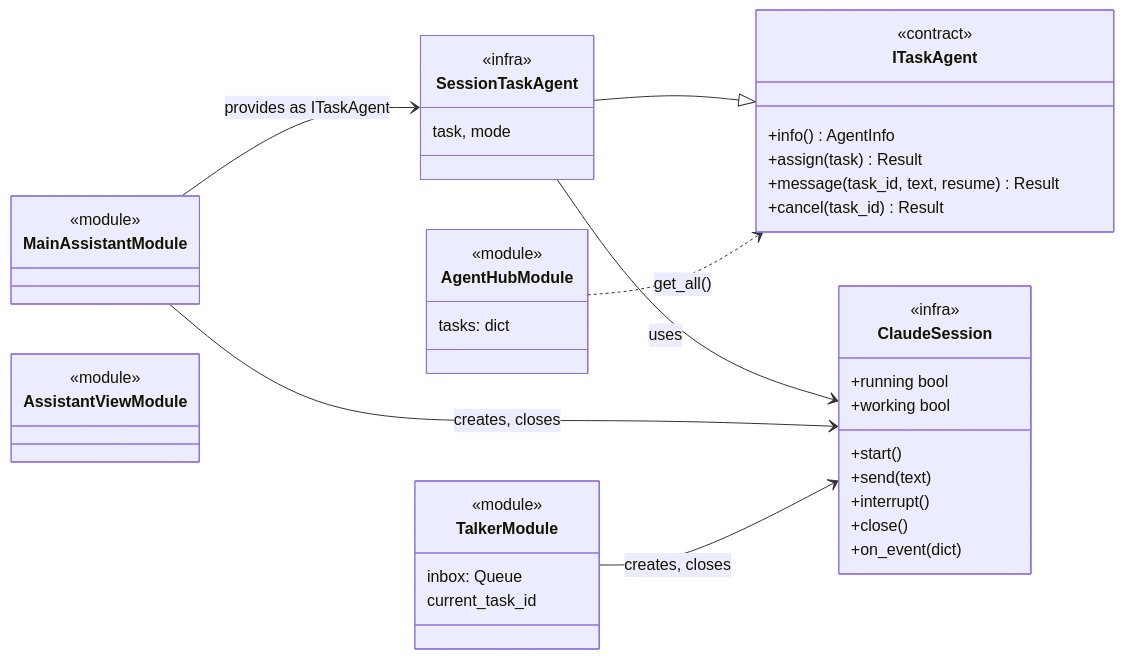
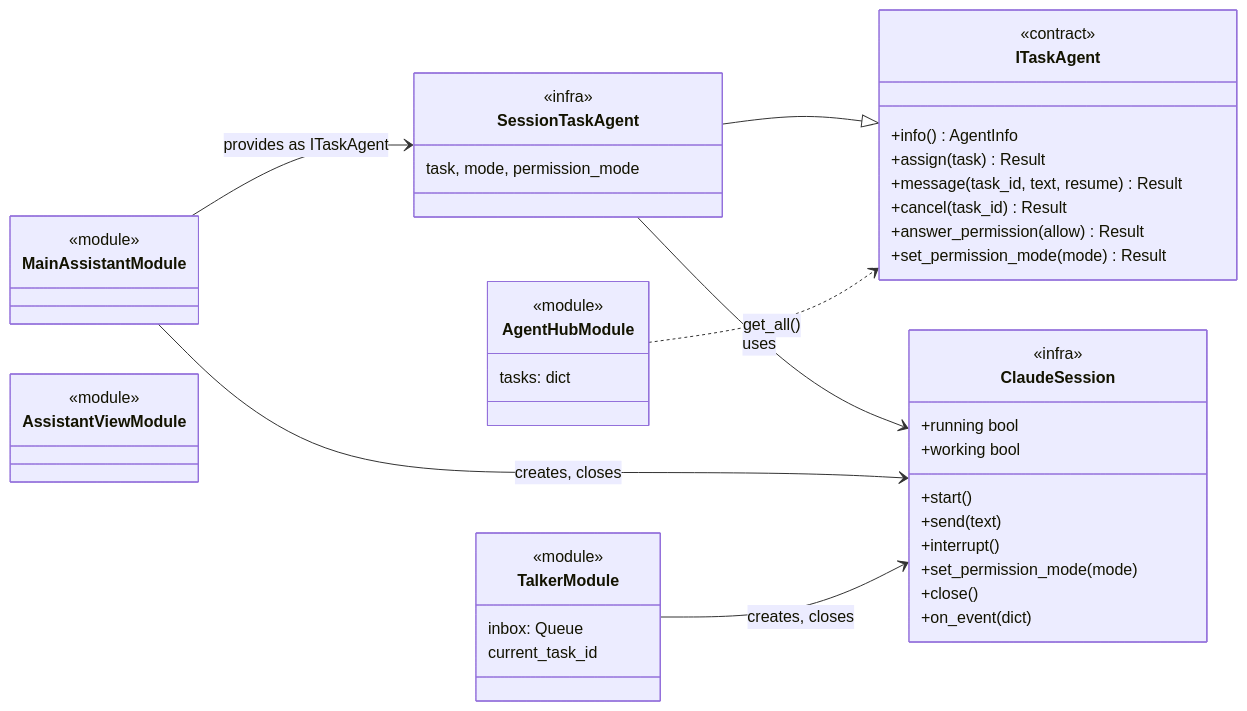
The seventh of 11 diagrams in docs/agents/runtime.md (sharramon/AI_Assistant), drawn with Mermaid before and after one commit. The commit also changed other lines of this file and 51 other files, not shown here.

````diff
--- a/docs/agents/runtime.md
+++ b/docs/agents/runtime.md
@@ -197,43 +245,46 @@
 ```mermaid
 classDiagram
     direction LR
     class ClaudeSession {
         <<infra>>
         +start()
         +send(text)
         +interrupt()
+        +set_permission_mode(mode)
         +close()
         +running bool
         +working bool
         +on_event(dict)
     }
     class ITaskAgent {
         <<contract>>
         +info() AgentInfo
         +assign(task) Result
         +message(task_id, text, resume) Result
         +cancel(task_id) Result
+        +answer_permission(allow) Result
+        +set_permission_mode(mode) Result
     }
     class SessionTaskAgent {
         <<infra>>
-        task, mode
+        task, mode, permission_mode
     }
     class MainAssistantModule { <<module>> }
     class TalkerModule {
         <<module>>
         inbox: Queue
         current_task_id
     }
     class AgentHubModule {
         <<module>>
         tasks: dict
     }
     class AssistantViewModule { <<module>> }
 
     SessionTaskAgent --|> ITaskAgent
     SessionTaskAgent --> ClaudeSession : uses
     MainAssistantModule --> SessionTaskAgent : provides as ITaskAgent
     MainAssistantModule --> ClaudeSession : creates, closes
     TalkerModule --> ClaudeSession : creates, closes
     AgentHubModule ..> ITaskAgent : get_all()
 ```
````
